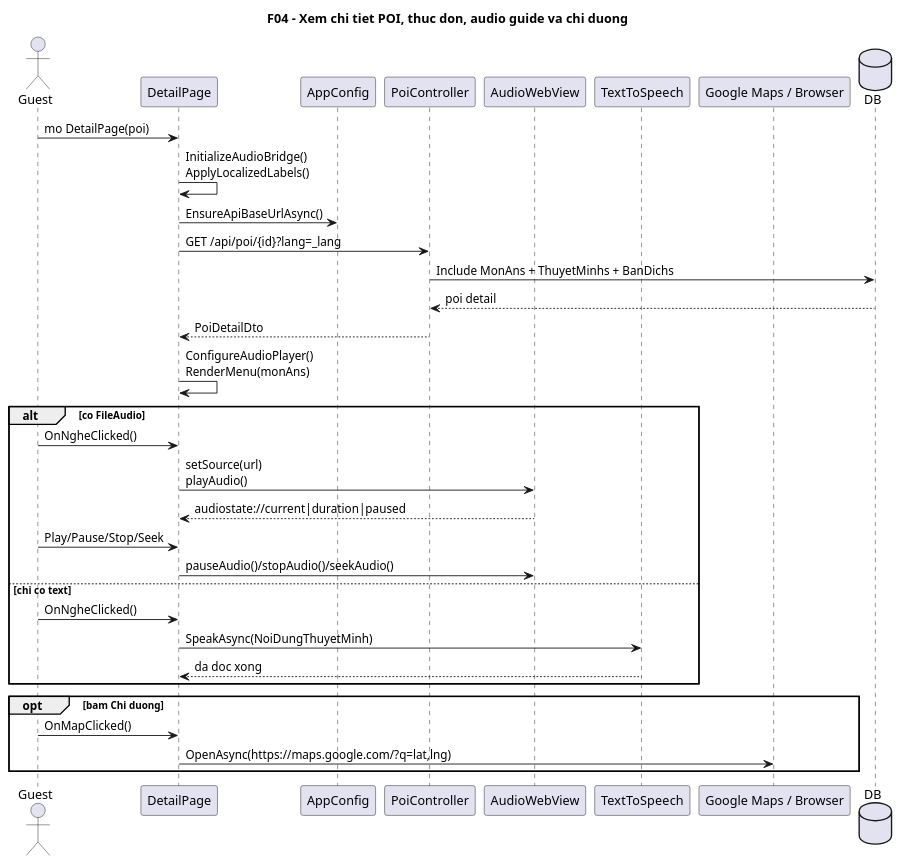
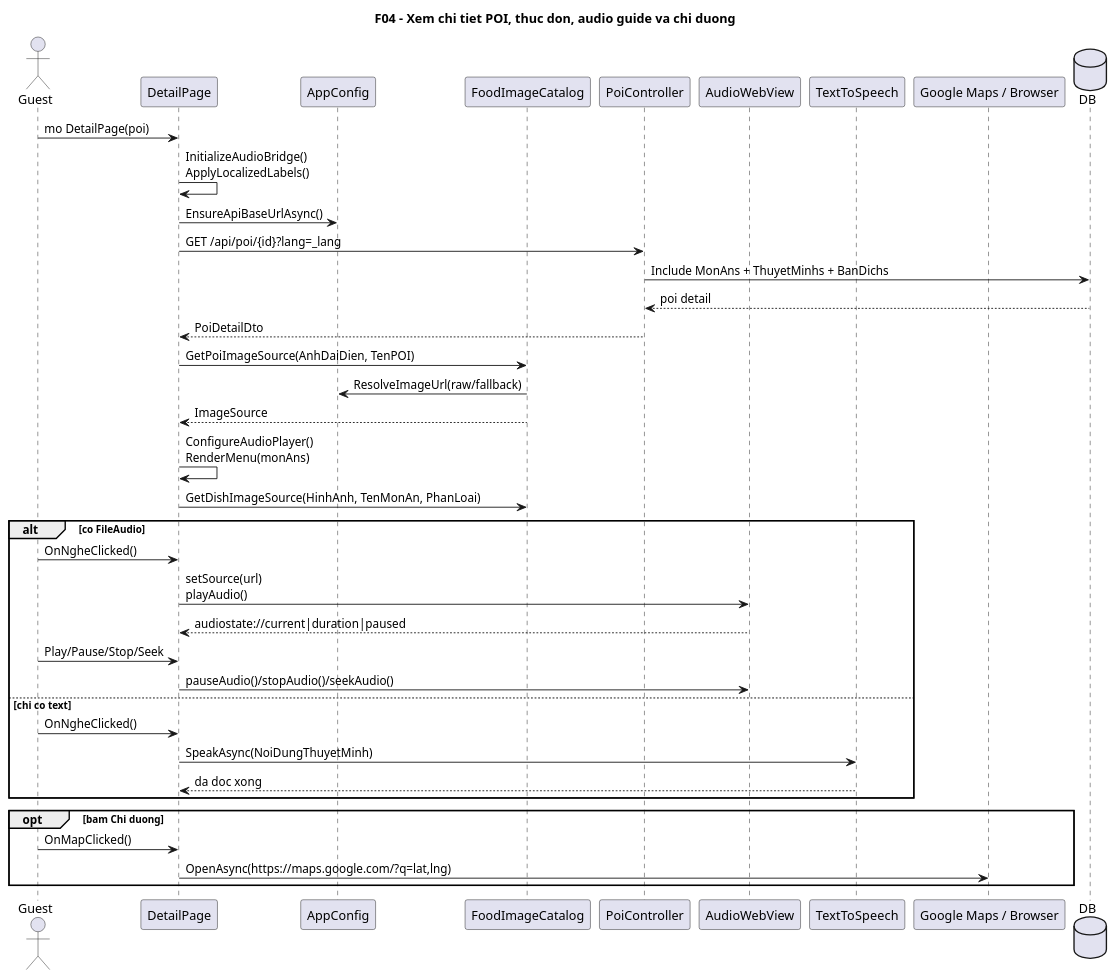
The diagram in docs/diagrams/04-poi-detail-sequence.puml (VoBao182/PhoAmThuc), drawn with PlantUML before and after one commit. The commit also changed 60 other files, not shown here.

```diff
--- a/docs/diagrams/04-poi-detail-sequence.puml
+++ b/docs/diagrams/04-poi-detail-sequence.puml
@@ -1,45 +1,52 @@
 @startuml
 ' Diagram: F04 - Xem chi tiet POI, thuc don, audio guide va chi duong (Sequence)
 ' Status: WIP
-' Baseline: branch master, HEAD a5fde70
+' Baseline: branch master, HEAD 0b9ca4b + working tree 2026-04-22
 ' Source:
 ' - VinhKhanhTourDemo/DetailPage.xaml.cs: LoadDetail(), ConfigureAudioPlayer(), OnNgheClicked(), OnAudioWebViewNavigated(), OnAudioWebViewNavigating(), OnMapClicked()
+' - VinhKhanhTourDemo/FoodImageCatalog.cs: GetPoiImageSource(), GetDishImageSource()
+' - VinhKhanhTourDemo/AppConfig.cs: ResolveImageUrl()
 ' - VinhKhanhTour.API/Controllers/PoiController.cs: GetById()
-' Note: Sequence chi mo ta luong doc detail va audio player theo code hien co; neu doi sang player/service khac thi file nay can sync truoc.
+' Note: Sequence cap nhat them FoodImageCatalog vi code da tach xu ly fallback anh ra helper.
 title F04 - Xem chi tiet POI, thuc don, audio guide va chi duong
 
 actor Guest
 participant DetailPage
 participant AppConfig
+participant FoodImageCatalog
 participant "PoiController" as PoiController
 participant AudioWebView
 participant "TextToSpeech" as TTS
 participant "Google Maps / Browser" as Maps
 database DB
 
 Guest -> DetailPage: mo DetailPage(poi)
 DetailPage -> DetailPage: InitializeAudioBridge()\nApplyLocalizedLabels()
 DetailPage -> AppConfig: EnsureApiBaseUrlAsync()
 DetailPage -> PoiController: GET /api/poi/{id}?lang=_lang
 PoiController -> DB: Include MonAns + ThuyetMinhs + BanDichs
 DB --> PoiController: poi detail
 PoiController --> DetailPage: PoiDetailDto
+DetailPage -> FoodImageCatalog: GetPoiImageSource(AnhDaiDien, TenPOI)
+FoodImageCatalog -> AppConfig: ResolveImageUrl(raw/fallback)
+FoodImageCatalog --> DetailPage: ImageSource
 DetailPage -> DetailPage: ConfigureAudioPlayer()\nRenderMenu(monAns)
+DetailPage -> FoodImageCatalog: GetDishImageSource(HinhAnh, TenMonAn, PhanLoai)
 
 alt co FileAudio
   Guest -> DetailPage: OnNgheClicked()
   DetailPage -> AudioWebView: setSource(url)\nplayAudio()
   AudioWebView --> DetailPage: audiostate://current|duration|paused
   Guest -> DetailPage: Play/Pause/Stop/Seek
   DetailPage -> AudioWebView: pauseAudio()/stopAudio()/seekAudio()
 else chi co text
   Guest -> DetailPage: OnNgheClicked()
   DetailPage -> TTS: SpeakAsync(NoiDungThuyetMinh)
   TTS --> DetailPage: da doc xong
 end
 
 opt bam Chi duong
   Guest -> DetailPage: OnMapClicked()
   DetailPage -> Maps: OpenAsync(https://maps.google.com/?q=lat,lng)
 end
 @enduml
```
